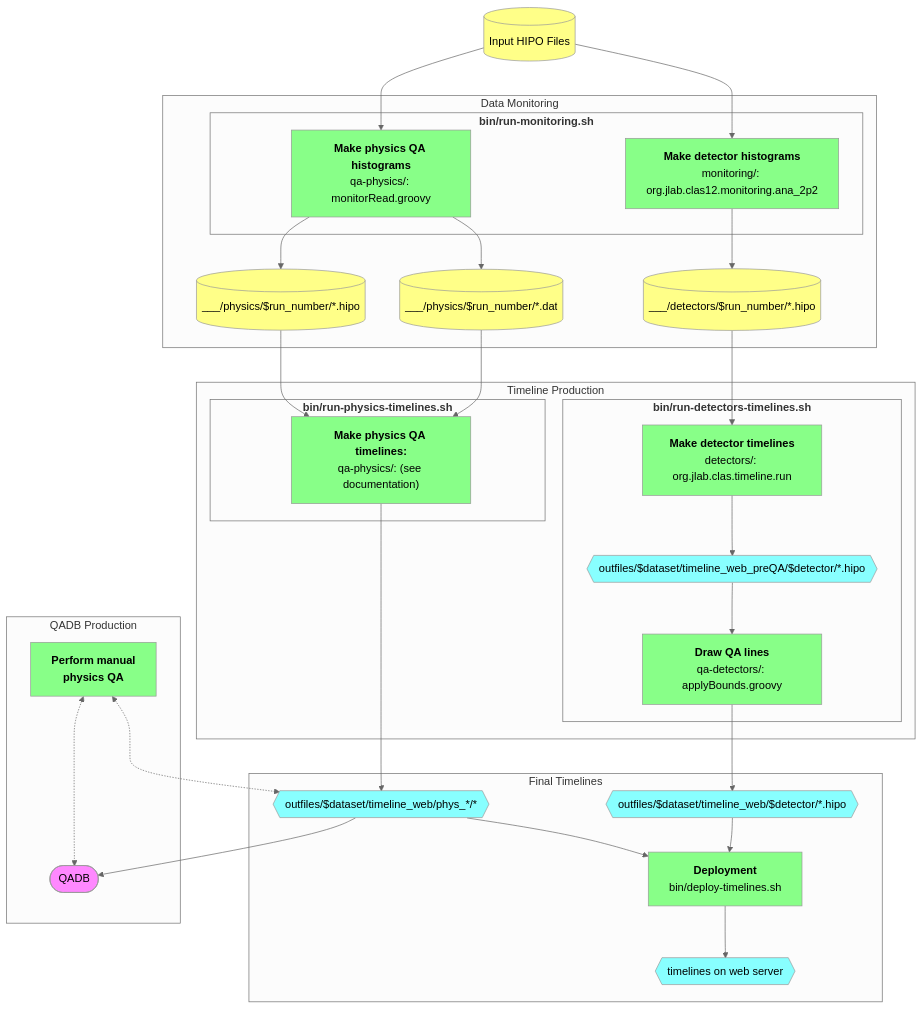
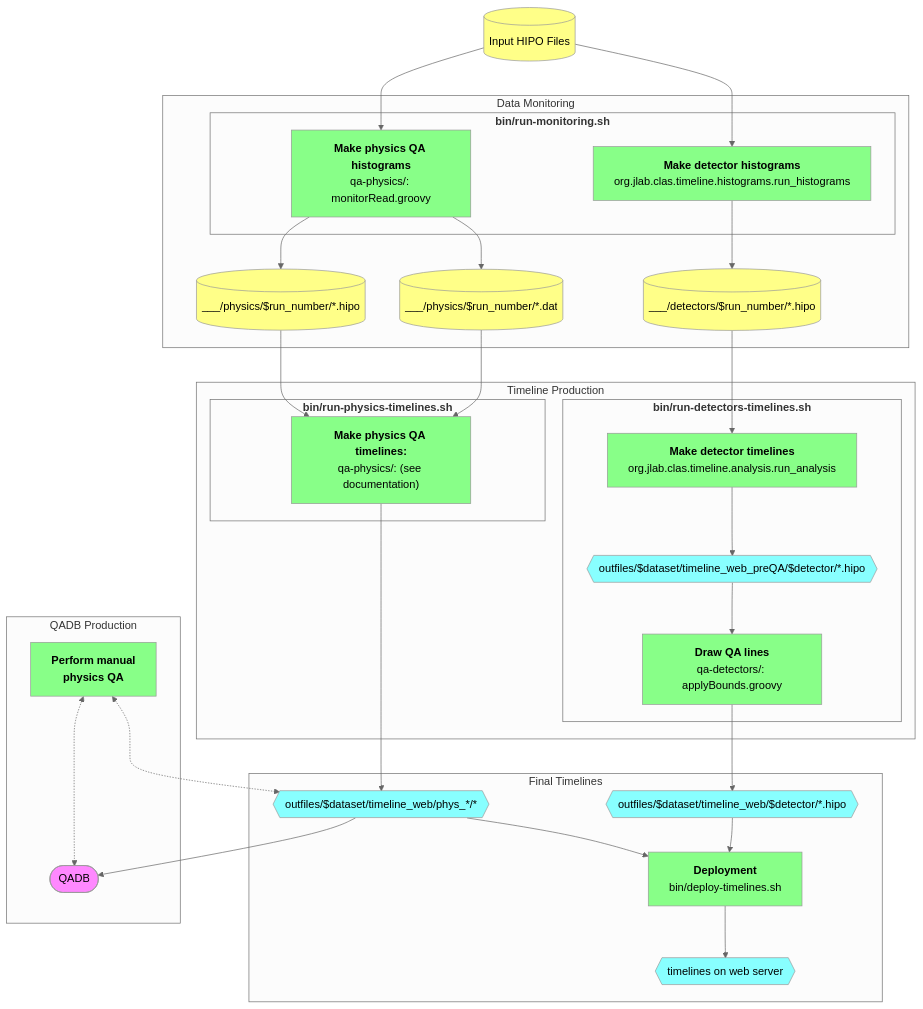
The diagram in doc/dev_notes.md (raffaelladevita/clas12-timeline), drawn with Mermaid (neutral theme) before and after one commit. The commit also changed 369 other files, not shown here.

````diff
--- a/doc/dev_notes.md
+++ b/doc/dev_notes.md
@@ -4,57 +4,57 @@
 ```mermaid
 flowchart TB
 
     classDef proc     fill:#8f8,color:black
     classDef data     fill:#ff8,color:black
     classDef misc     fill:#f8f,color:black
     classDef timeline fill:#8ff,color:black
 
     dst[(Input HIPO Files)]:::data
 
     subgraph Data Monitoring
         subgraph "<strong>bin/run-monitoring.sh</strong>"
-            monitorDetectors["<strong>Make detector histograms</strong><br/>monitoring/: org.jlab.clas12.monitoring.ana_2p2"]:::proc
+            monitorDetectors["<strong>Make detector histograms</strong><br/>org.jlab.clas.timeline.histograms.run_histograms"]:::proc
             monitorPhysics["<strong>Make physics QA histograms</strong><br/>qa-physics/: monitorRead.groovy"]:::proc
         end
         outplots[(___/detectors/$run_number/*.hipo)]:::data
         outdat[(___/physics/$run_number/*.dat)]:::data
         outmon[(___/physics/$run_number/*.hipo)]:::data
     end
     dst --> monitorDetectors
     dst --> monitorPhysics
     monitorDetectors --> outplots
     monitorPhysics   --> outdat
     monitorPhysics   --> outmon
 
     subgraph Timeline Production
         subgraph "<strong>bin/run-detectors-timelines.sh</strong>"
-            timelineDetectorsPreQA["<strong>Make detector timelines</strong><br/>detectors/: org.jlab.clas.timeline.run"]:::proc
+            timelineDetectorsPreQA["<strong>Make detector timelines</strong><br/>org.jlab.clas.timeline.analysis.run_analysis"]:::proc
             outTimelineDetectorsPreQA{{outfiles/$dataset/timeline_web_preQA/$detector/*.hipo}}:::timeline
             timelineDetectors["<strong>Draw QA lines</strong><br/>qa-detectors/: applyBounds.groovy"]:::proc
         end
         subgraph "<strong>bin/run-physics-timelines.sh</strong>"
             timelinePhysics["<strong>Make physics QA timelines:</strong><br/>qa-physics/: (see documentation)"]:::proc
         end
     end
     subgraph Final Timelines
         outTimelinePhysics{{outfiles/$dataset/timeline_web/phys_*/*}}:::timeline
         outTimelineDetectors{{outfiles/$dataset/timeline_web/$detector/*.hipo}}:::timeline
         deploy["<strong>Deployment</strong><br/>bin/deploy-timelines.sh"]:::proc
         timelineDir{{timelines on web server}}:::timeline
     end
     outplots --> timelineDetectorsPreQA --> outTimelineDetectorsPreQA --> timelineDetectors --> outTimelineDetectors
     outdat   --> timelinePhysics
     outmon   --> timelinePhysics
     timelinePhysics --> outTimelinePhysics
     outTimelineDetectors --> deploy
     outTimelinePhysics   --> deploy
     deploy --> timelineDir
 
     subgraph QADB Production
         qadb([QADB]):::misc
         manualQA[<strong>Perform manual<br/>physics QA</strong>]:::proc
     end
     outTimelinePhysics   --> qadb
     manualQA <-.-> outTimelinePhysics
     manualQA <-.-> qadb
 ```
````
